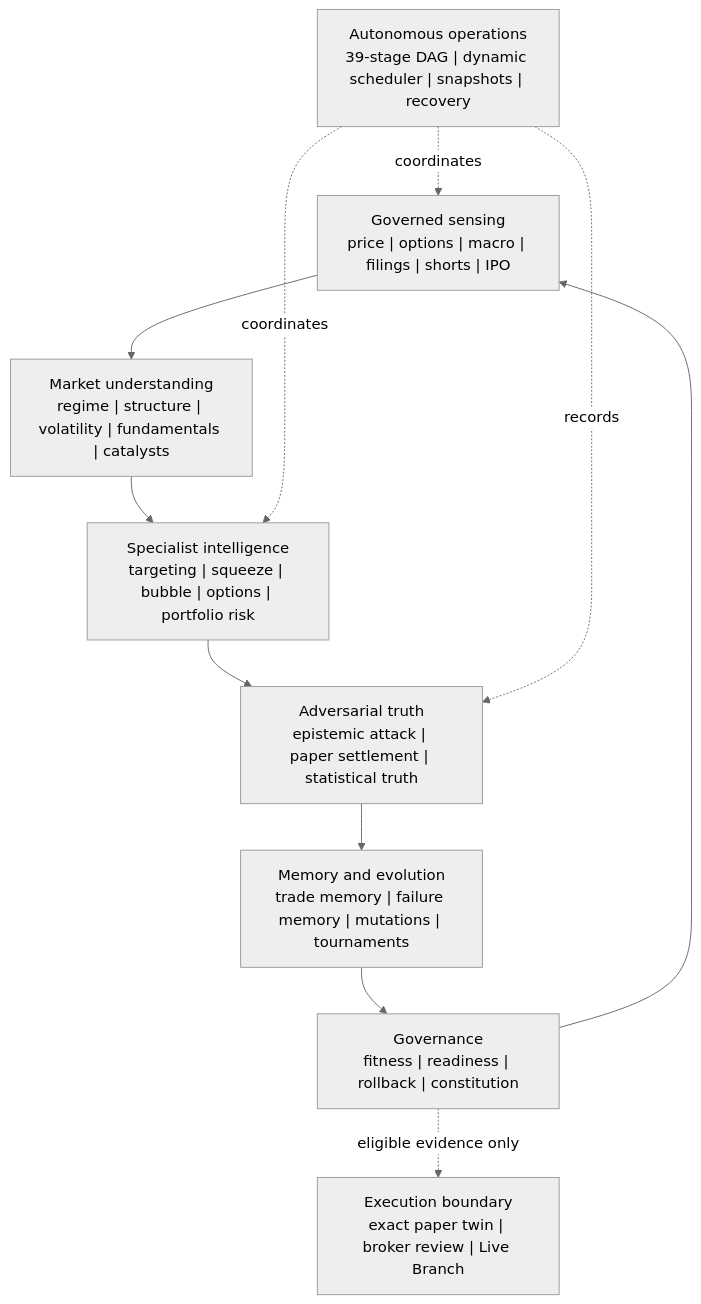
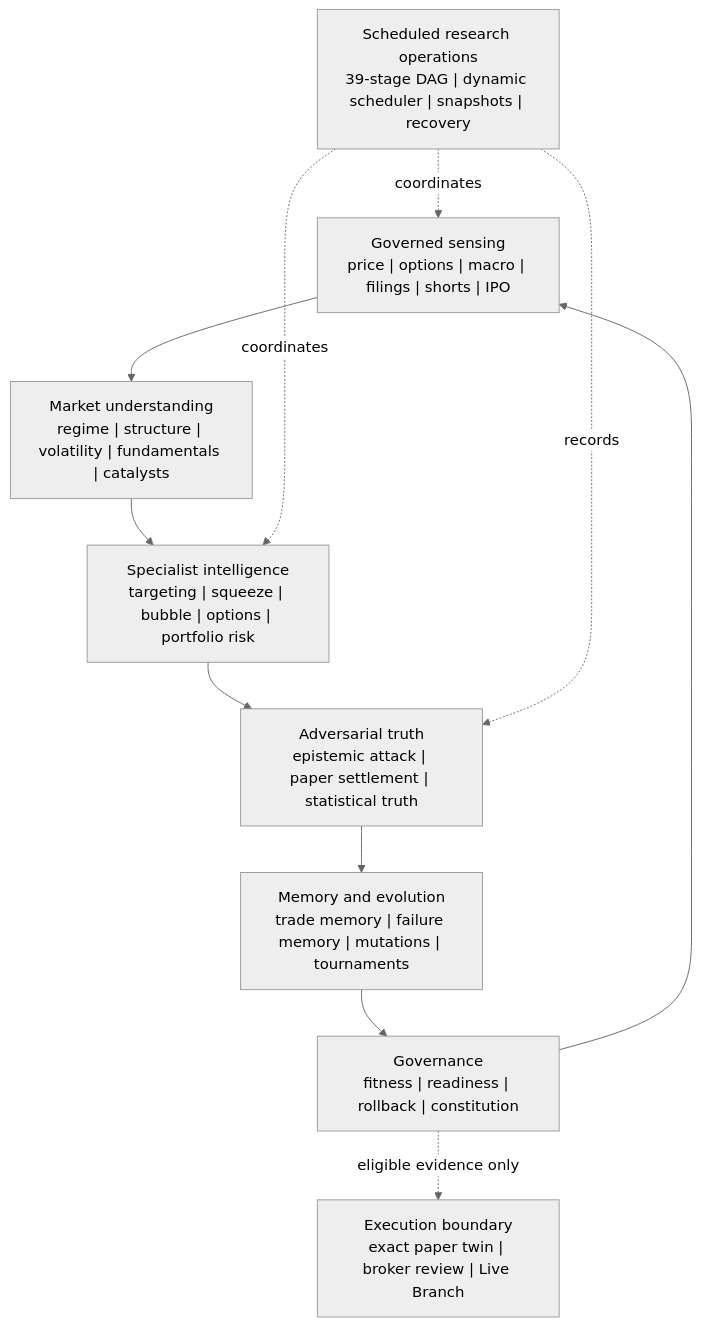
Before and after one commit to ObtuseAI/dopey: the second of 8 diagrams in README.md, drawn with Mermaid (neutral theme). The commit also changed other lines of this file, not shown here.

````diff
--- a/README.md
+++ b/README.md
@@ -185,22 +204,22 @@
 ```mermaid
 flowchart TB
     A["Governed sensing<br/>price | options | macro | filings | shorts | IPO"]
     B["Market understanding<br/>regime | structure | volatility | fundamentals | catalysts"]
     C["Specialist intelligence<br/>targeting | squeeze | bubble | options | portfolio risk"]
     D["Adversarial truth<br/>epistemic attack | paper settlement | statistical truth"]
     E["Memory and evolution<br/>trade memory | failure memory | mutations | tournaments"]
     F["Governance<br/>fitness | readiness | rollback | constitution"]
     G["Execution boundary<br/>exact paper twin | broker review | Live Branch"]
-    H["Autonomous operations<br/>39-stage DAG | dynamic scheduler | snapshots | recovery"]
+    H["Scheduled research operations<br/>39-stage DAG | dynamic scheduler | snapshots | recovery"]
 
     A --> B
     B --> C
     C --> D
     D --> E
     E --> F
     F --> A
     F -.->|"eligible evidence only"| G
     H -.->|"coordinates"| A
     H -.->|"coordinates"| C
     H -.->|"records"| D
 ```
````
